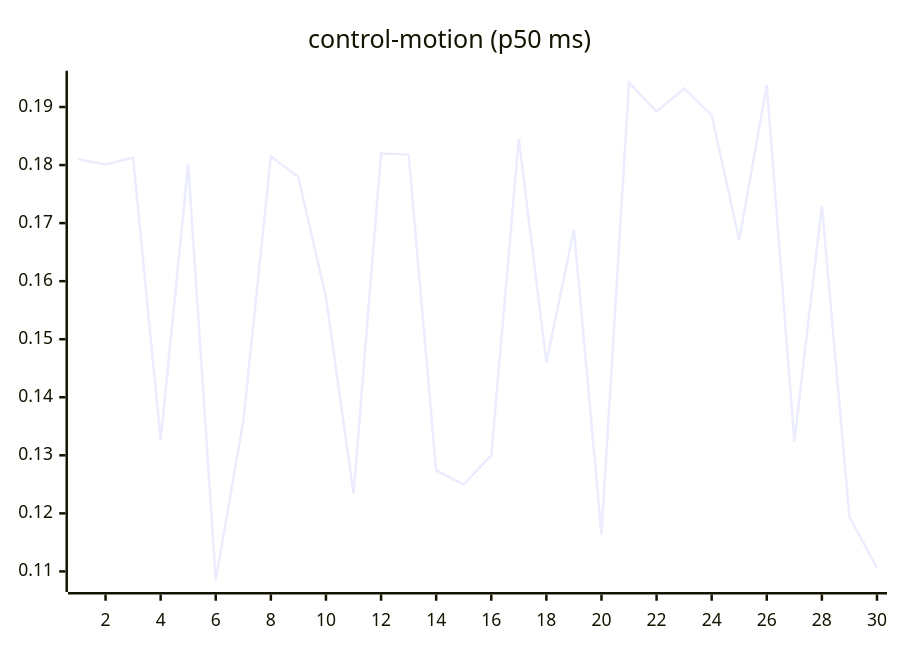
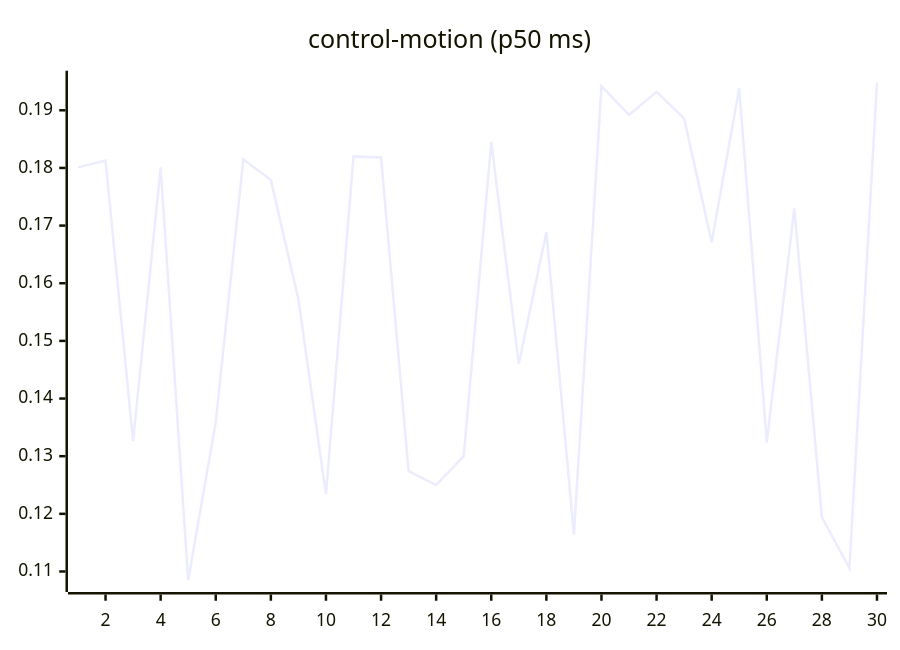
One commit to josha/Facet changed the seventh of 27 diagrams in README.md. Above: the diagram before and after it, drawn with Mermaid. The commit also changed other lines of this file and 2 other files, not shown here.

````diff
--- a/README.md
+++ b/README.md
@@ -105,6 +105,6 @@
 ```mermaid
 xychart-beta
     title "control-motion (p50 ms)"
     x-axis 1 --> 30
-    line [0.1810, 0.1801, 0.1813, 0.1326, 0.1801, 0.1085, 0.1359, 0.1815, 0.1779, 0.1572, 0.1234, 0.1820, 0.1818, 0.1274, 0.1250, 0.1300, 0.1845, 0.1460, 0.1689, 0.1164, 0.1942, 0.1892, 0.1932, 0.1886, 0.1671, 0.1938, 0.1324, 0.1730, 0.1194, 0.1106]
+    line [0.1801, 0.1813, 0.1326, 0.1801, 0.1085, 0.1359, 0.1815, 0.1779, 0.1572, 0.1234, 0.1820, 0.1818, 0.1274, 0.1250, 0.1300, 0.1845, 0.1460, 0.1689, 0.1164, 0.1942, 0.1892, 0.1932, 0.1886, 0.1671, 0.1938, 0.1324, 0.1730, 0.1194, 0.1106, 0.1948]
 ```
````
